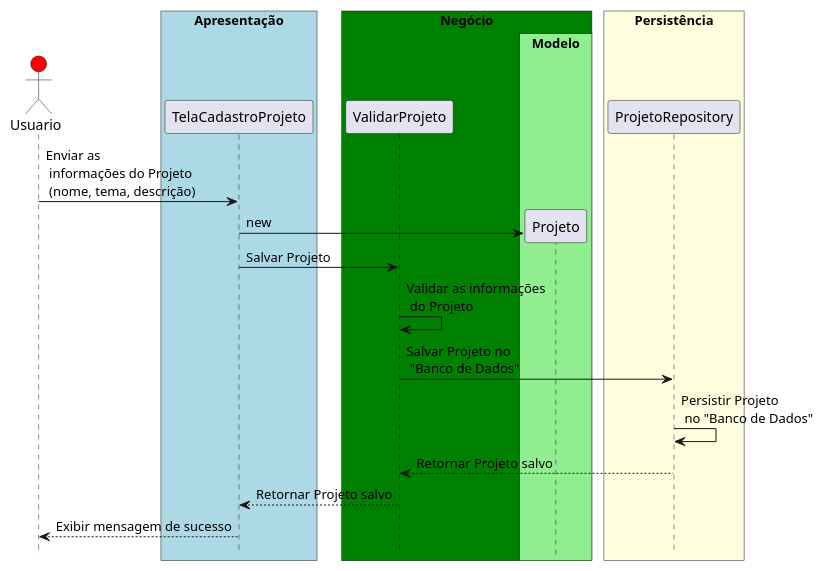
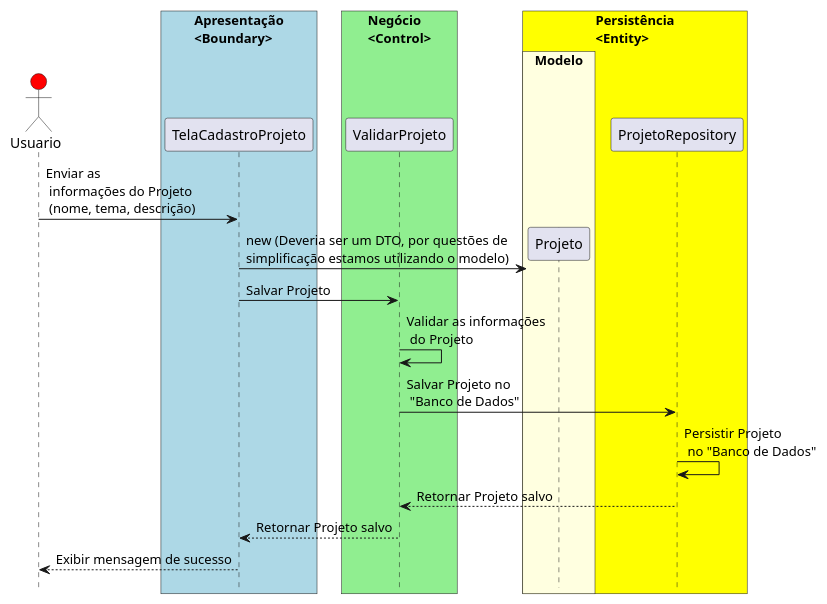
Before and after one commit to 20252-ifba-saj-ads-poo/blog: the diagram in src/posts/13_Trabalho.md, drawn with PlantUML.

Commit message:
ajuste diagrama

````diff
--- a/src/posts/13_Trabalho.md
+++ b/src/posts/13_Trabalho.md
@@ -52,34 +52,34 @@
 ```plantuml{kroki=true}
 @startuml
 hide footbox
 actor Usuario #red
-box "Apresentação" #lightblue  
+box "Apresentação\n<Boundary>" #lightblue  
     participant TelaCadastroProjeto
 end box
 !pragma teoz true
-box "Negócio" #green
-participant ValidarProjeto
-box "Modelo" #lightgreen
-participant Projeto
+box "Negócio\n<Control>" #lightgreen
+   participant ValidarProjeto
 end box
-end box
-box "Persistência" #lightyellow
+box "Persistência\n<Entity>" #yellow
+   box "Modelo" #lightyellow
+      participant Projeto
+   end box
     participant ProjetoRepository
 end box
 
 Usuario -> TelaCadastroProjeto: Enviar as \n informações do Projeto \n (nome, tema, descrição)
 create Projeto
-TelaCadastroProjeto -> Projeto: new
+TelaCadastroProjeto -> Projeto: new (Deveria ser um DTO, por questões de \nsimplificação estamos utilizando o modelo)
 
 
 TelaCadastroProjeto -> ValidarProjeto: Salvar Projeto
 ValidarProjeto -> ValidarProjeto: Validar as informações \n do Projeto
 ValidarProjeto -> ProjetoRepository: Salvar Projeto no \n "Banco de Dados"
 ProjetoRepository -> ProjetoRepository: Persistir Projeto \n no "Banco de Dados"
 ProjetoRepository --> ValidarProjeto : Retornar Projeto salvo
 ValidarProjeto --> TelaCadastroProjeto: Retornar Projeto salvo
 TelaCadastroProjeto --> Usuario: Exibir mensagem de sucesso 
 
 @enduml
 
 ```
````
